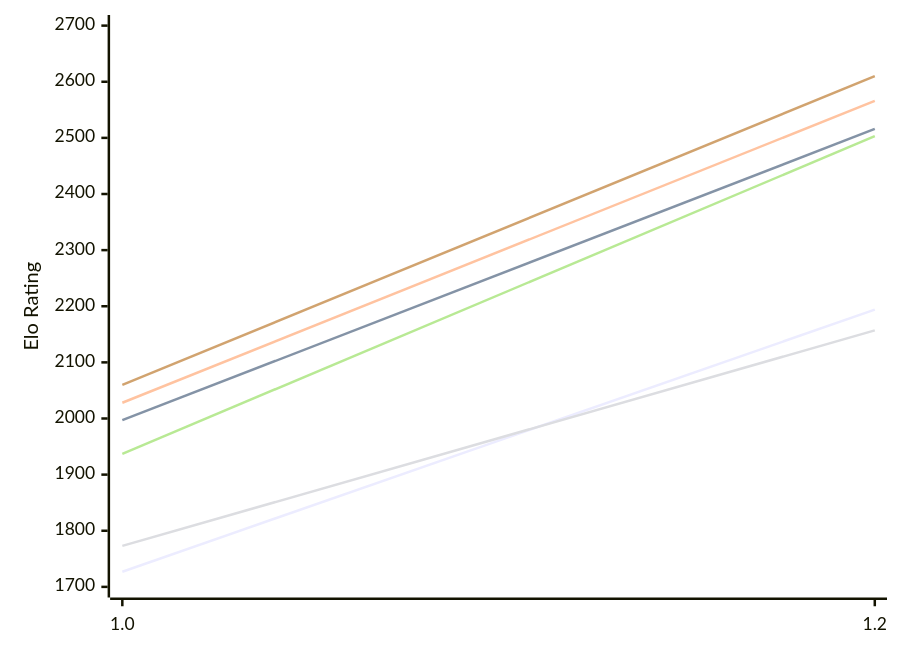
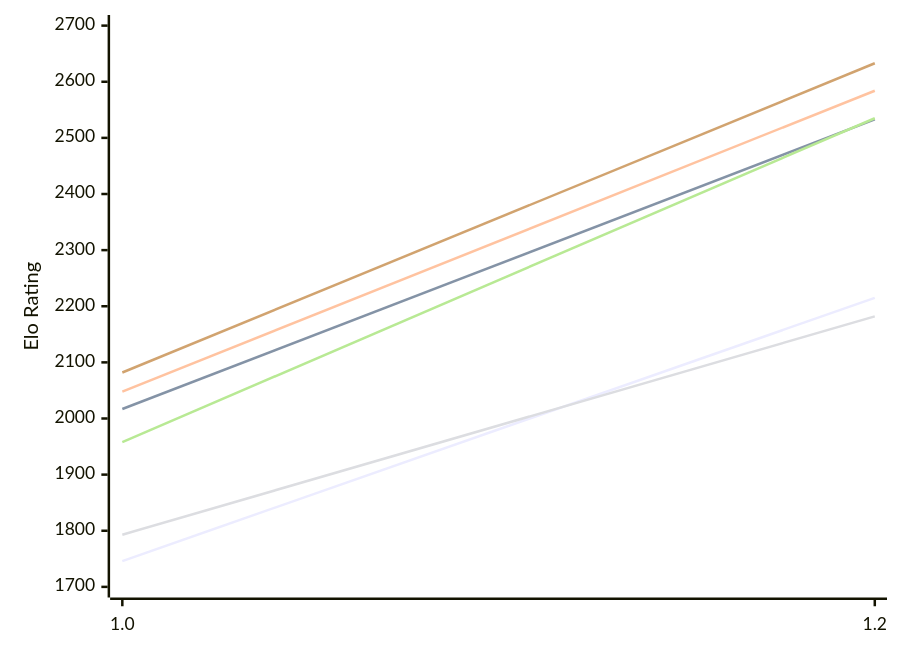
One commit to computer-chess-index/cci changed the first of 2 diagrams in engines/Echekinator.md. Above: the diagram before and after it, drawn with Mermaid. The commit also changed other lines of this file, not shown here.

Commit message:
Update CCI Ratings (ELO VLTC) - 2026-10-20

````diff
--- a/engines/Echekinator.md
+++ b/engines/Echekinator.md
@@ -50,12 +50,12 @@
 ```mermaid
 %%{init: {"theme":"base","themeVariables":{"seriesColors:['#a3a3a3','#222221','#faa371']}}}%%
 xychart-beta
   x-axis ["1.0", "1.2"]
   y-axis "Elo Rating" 1700 --> 2700
-  line "E1: STC (8.0+0.08s)" [1727, 2194]
-  line "E1: LTC (60.0+0.60s)" [1997, 2516]
-  line "E1: VLTC (2m24s+1.12s)" [2028, 2566]
-  line "P1: STC (8.0+0.08s)" [1773, 2157]
-  line "P1: LTC (60.0+0.60s)" [1937, 2503]
-  line "P1: VLTC (2m24s+1.12s)" [2060, 2610]
+  line "E1: STC (8.0+0.08s)" [1746, 2215]
+  line "E1: LTC (60.0+0.60s)" [2017, 2533]
+  line "E1: VLTC (2m24s+1.12s)" [2048, 2584]
+  line "P1: STC (8.0+0.08s)" [1793, 2182]
+  line "P1: LTC (60.0+0.60s)" [1958, 2535]
+  line "P1: VLTC (2m24s+1.12s)" [2082, 2633]
 ```
````
